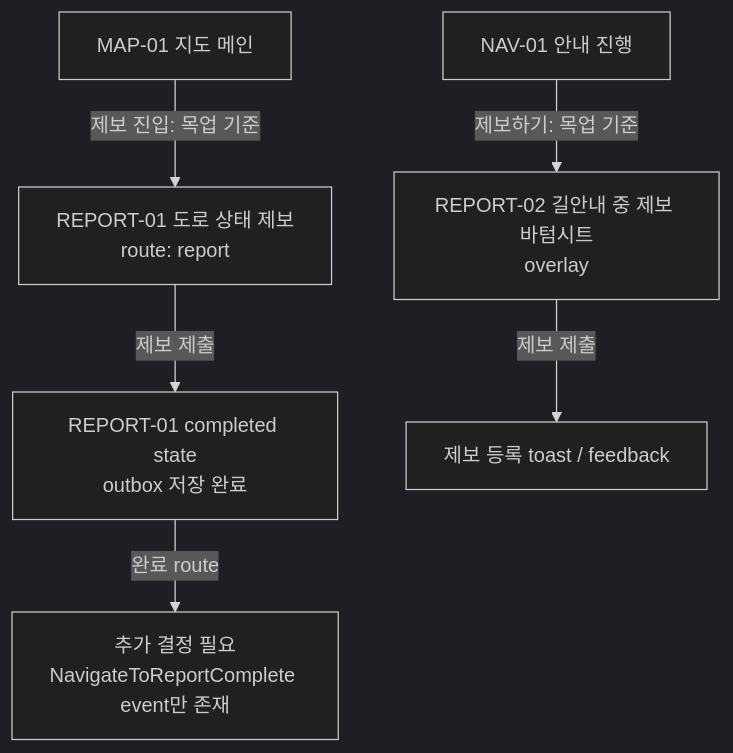
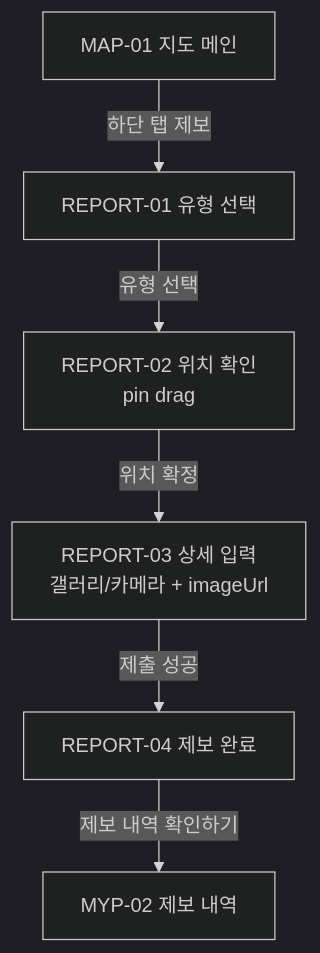
Before and after one commit to busaneumgil/busaneumgil: the second of 5 diagrams in FE/docs/2026-04-22_부산이음길_FE_화면_인벤토리_및_라우트_맵.md, drawn with Mermaid (dark theme). The commit also changed other lines of this file and 17 other files, not shown here.

````diff
--- a/FE/docs/2026-04-22_부산이음길_FE_화면_인벤토리_및_라우트_맵.md
+++ b/FE/docs/2026-04-22_부산이음길_FE_화면_인벤토리_및_라우트_맵.md
@@ -623,8 +617,8 @@
 ```mermaid
 flowchart TD
-    A["MAP-01 지도 메인"] -->|제보 진입: 목업 기준| B["REPORT-01 도로 상태 제보<br/>route: report"]
-    C["NAV-01 안내 진행"] -->|제보하기: 목업 기준| D["REPORT-02 길안내 중 제보 바텀시트<br/>overlay"]
-    B -->|제보 제출| E["REPORT-01 completed state<br/>outbox 저장 완료"]
-    D -->|제보 제출| F["제보 등록 toast / feedback"]
-    E -->|완료 route| G["추가 결정 필요<br/>NavigateToReportComplete event만 존재"]
+    A["MAP-01 지도 메인"] -->|하단 탭 제보| B["REPORT-01 유형 선택"]
+    B -->|유형 선택| C["REPORT-02 위치 확인<br/>pin drag"]
+    C -->|위치 확정| D["REPORT-03 상세 입력<br/>갤러리/카메라 + imageUrl"]
+    D -->|제출 성공| E["REPORT-04 제보 완료"]
+    E -->|제보 내역 확인하기| F["MYP-02 제보 내역"]
 ```
````
